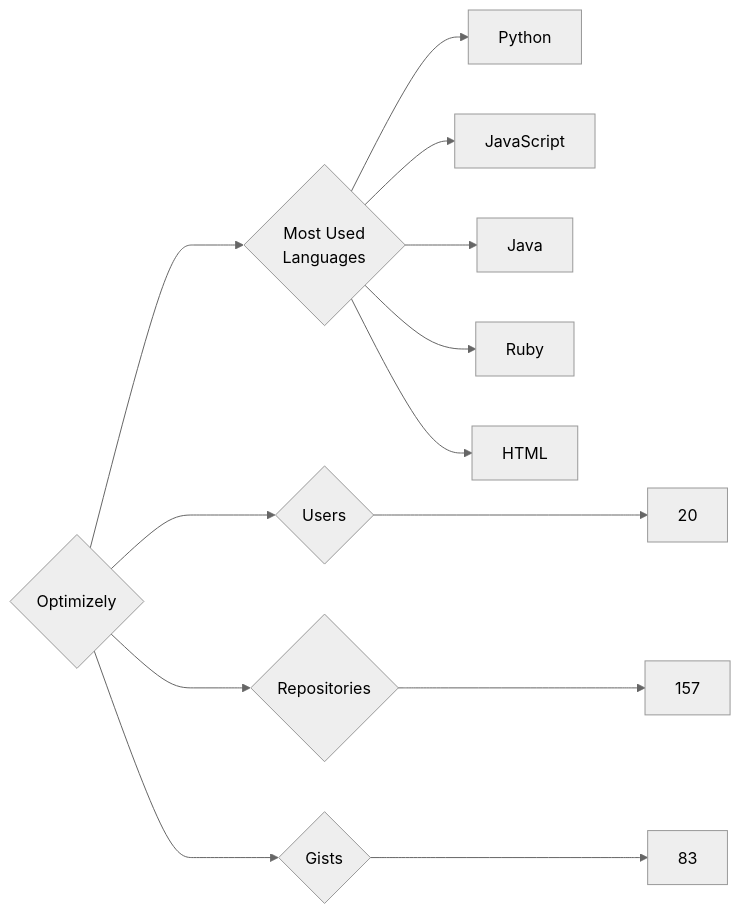
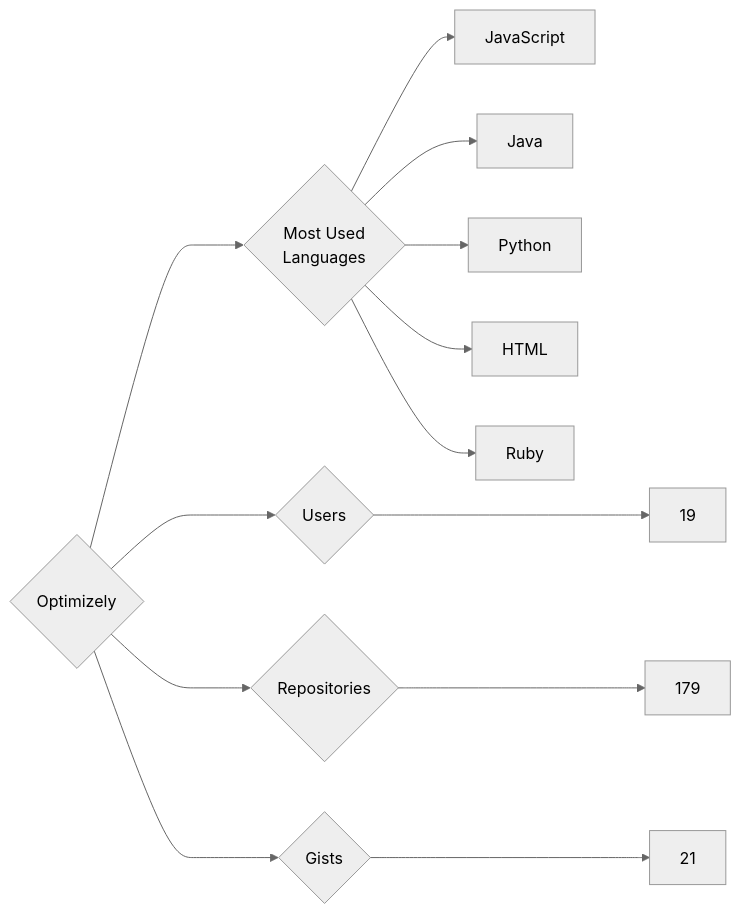
The diagram in targets/Optimizely/README.md (trickest/insiders), drawn with Mermaid (neutral theme) before and after one commit. The commit also changed 973 other files, not shown here.

````diff
--- a/targets/Optimizely/README.md
+++ b/targets/Optimizely/README.md
@@ -3,13 +3,13 @@
 ```mermaid
 graph LR
 COMPANY_NAME{Optimizely}
-COMPANY_NAME ---> U{Users} ---> UN[20]
-COMPANY_NAME ---> R{Repositories} ---> RN[157]
-COMPANY_NAME ---> G{Gists} ---> GN[83]
+COMPANY_NAME ---> U{Users} ---> UN[19]
+COMPANY_NAME ---> R{Repositories} ---> RN[179]
+COMPANY_NAME ---> G{Gists} ---> GN[21]
 COMPANY_NAME ---> ML{Most Used<br>Languages}
-ML --> Python[Python]
 ML --> JavaScript[JavaScript]
 ML --> Java[Java]
+ML --> Python[Python]
+ML --> HTML[HTML]
 ML --> Ruby[Ruby]
-ML --> HTML[HTML]
 ```
````
